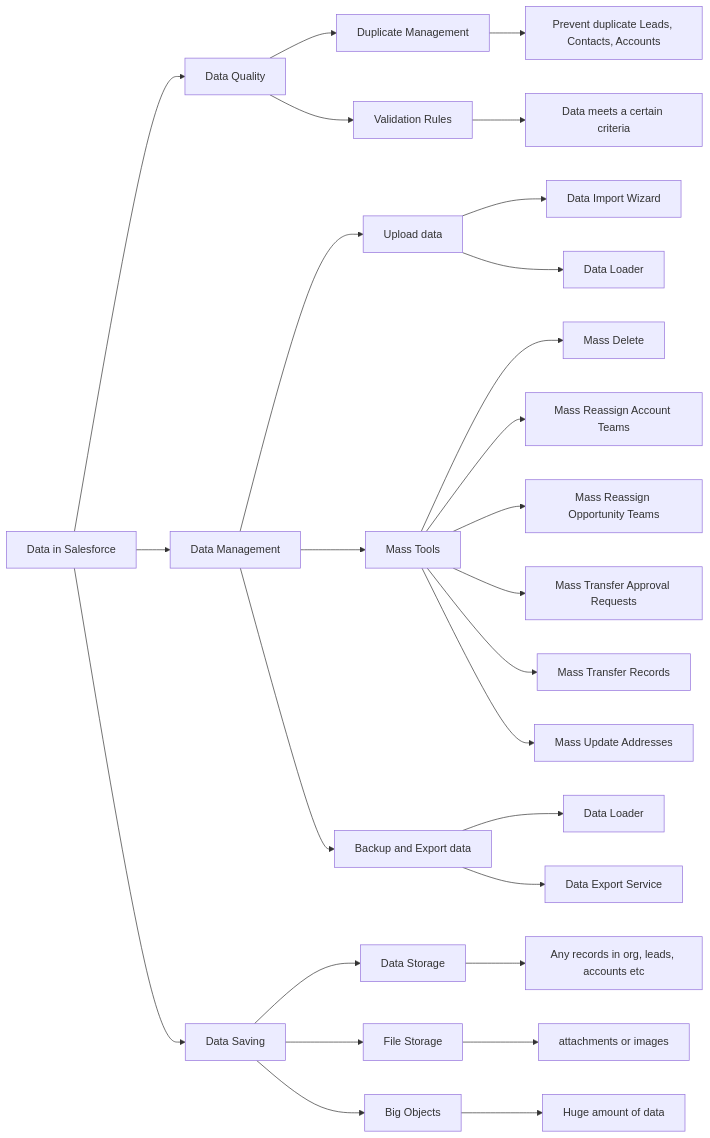
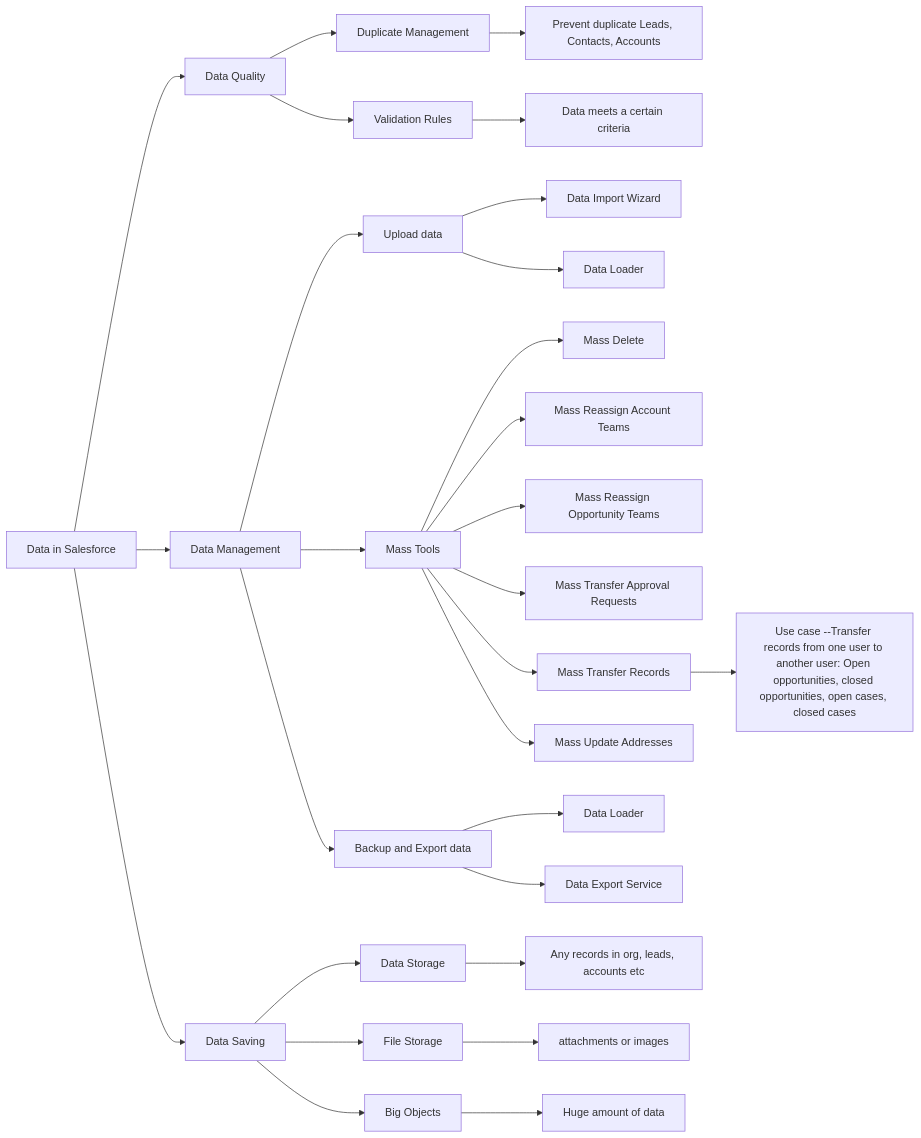
The fifth of 10 diagrams in notes/OM&LB.md (SanshanGan/salesforce-notes), drawn with Mermaid before and after one commit. The commit also changed other lines of this file, not shown here.

````diff
--- a/notes/OM&LB.md
+++ b/notes/OM&LB.md
@@ -259,25 +272,26 @@
 ```mermaid
 flowchart LR
     A[Data in Salesforce] --> B[Data Quality]
     A --> C[Data Management]
     A --> N[Data Saving]
     B --> D[Duplicate Management] --> G[Prevent duplicate Leads, Contacts, Accounts]
     B --> E[Validation Rules] --> F[Data meets a certain criteria]
     C --> H[Upload data]
     C --> K[Mass Tools]
     C --> M[Backup and Export data]
     H --> I[Data Import Wizard]
     H --> J[Data Loader]
     K --> W[Mass Delete]
     K --> X[Mass Reassign Account Teams]
     K --> Y[Mass Reassign Opportunity Teams]
     K --> Z[Mass Transfer Approval Requests]
     K --> a[Mass Transfer Records]
     K --> b[Mass Update Addresses]
     N --> O[Data Storage] --> R[Any records in org, leads, accounts etc]
     N --> P[File Storage] --> S[attachments or images]
     N --> Q[Big Objects] --> T[Huge amount of data]
     M --> U[Data Loader]
     M --> V[Data Export Service]
+    a --> c[Use case --Transfer records from one user to another user: Open opportunities, closed opportunities, open cases, closed cases]
 
 ```
````
